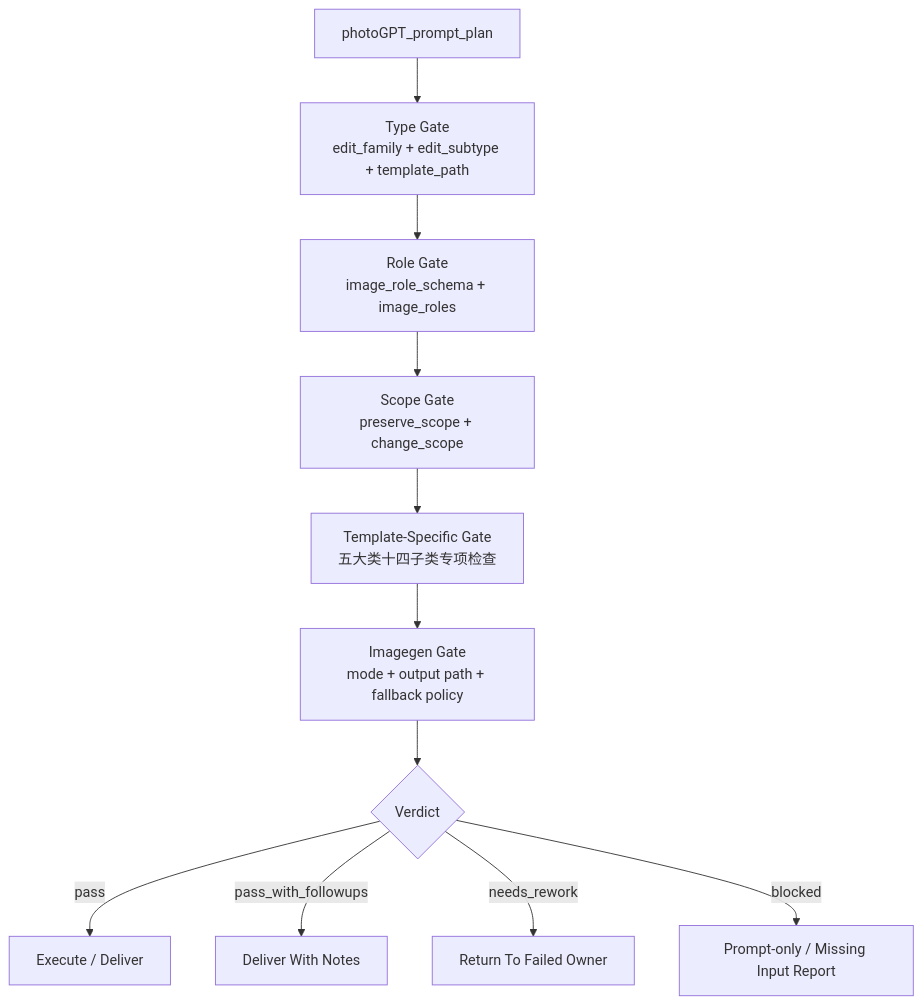
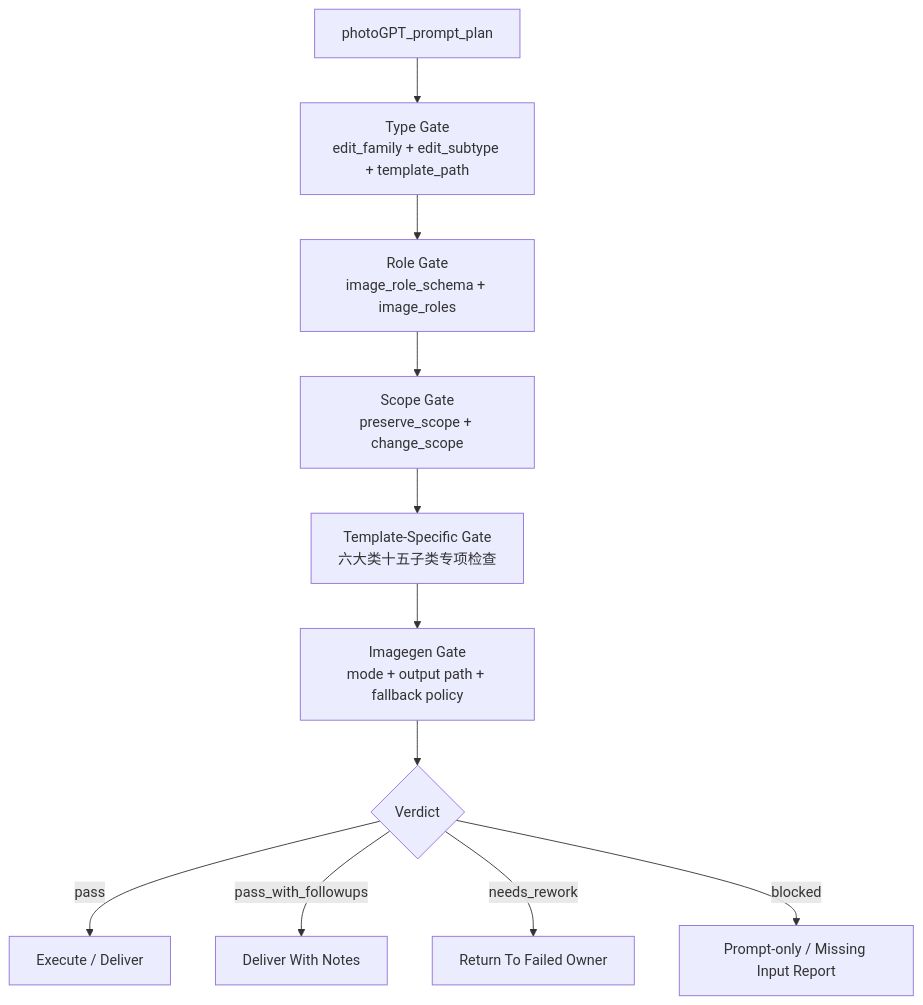
Before and after one commit to ZEN-VOID/AI-CUT: the diagram in .agents/skills/photoGPT/review/review-contract.md, drawn with Mermaid. The commit also changed other lines of this file and 293 other files, not shown here.

````diff
--- a/.agents/skills/photoGPT/review/review-contract.md
+++ b/.agents/skills/photoGPT/review/review-contract.md
@@ -11,13 +11,13 @@
 ```mermaid
 flowchart TD
     A["photoGPT_prompt_plan"] --> B["Type Gate<br/>edit_family + edit_subtype + template_path"]
     B --> C["Role Gate<br/>image_role_schema + image_roles"]
     C --> D["Scope Gate<br/>preserve_scope + change_scope"]
-    D --> E["Template-Specific Gate<br/>五大类十四子类专项检查"]
+    D --> E["Template-Specific Gate<br/>六大类十五子类专项检查"]
     E --> F["Imagegen Gate<br/>mode + output path + fallback policy"]
     F --> G{"Verdict"}
     G -->|"pass"| H["Execute / Deliver"]
     G -->|"pass_with_followups"| I["Deliver With Notes"]
     G -->|"needs_rework"| J["Return To Failed Owner"]
     G -->|"blocked"| K["Prompt-only / Missing Input Report"]
 ```
````
